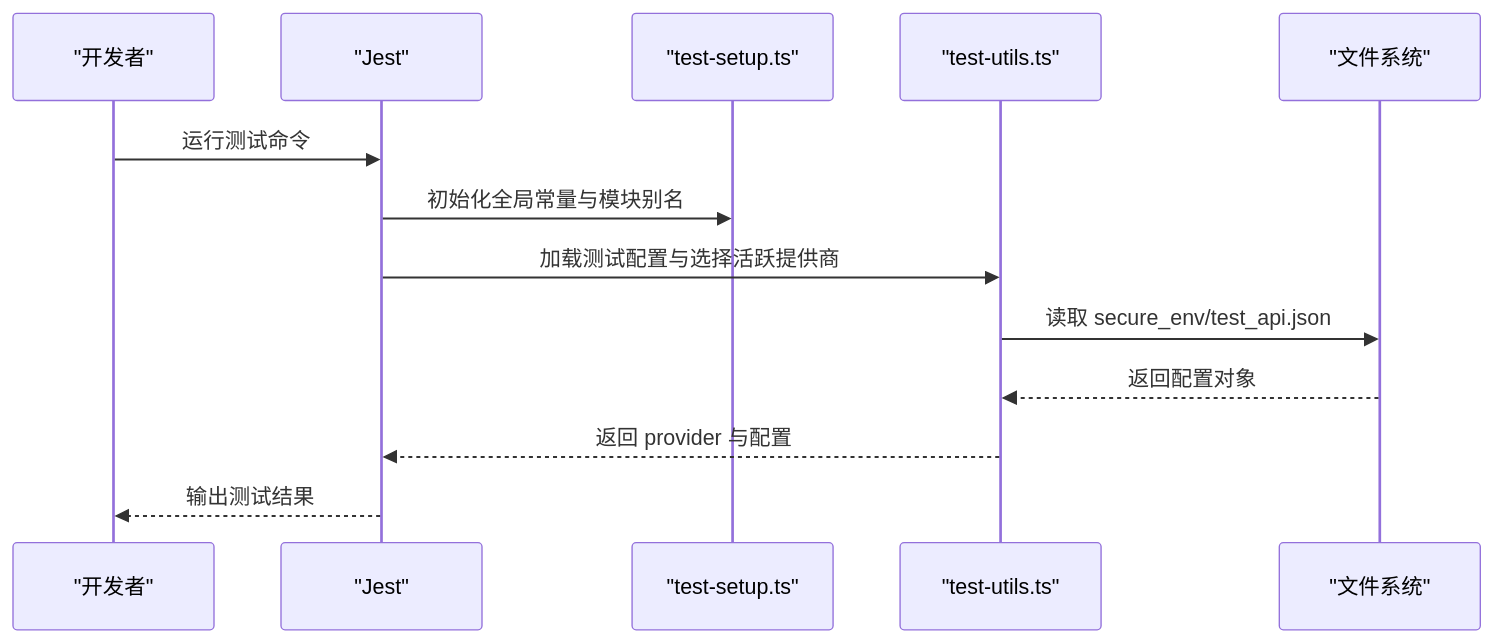
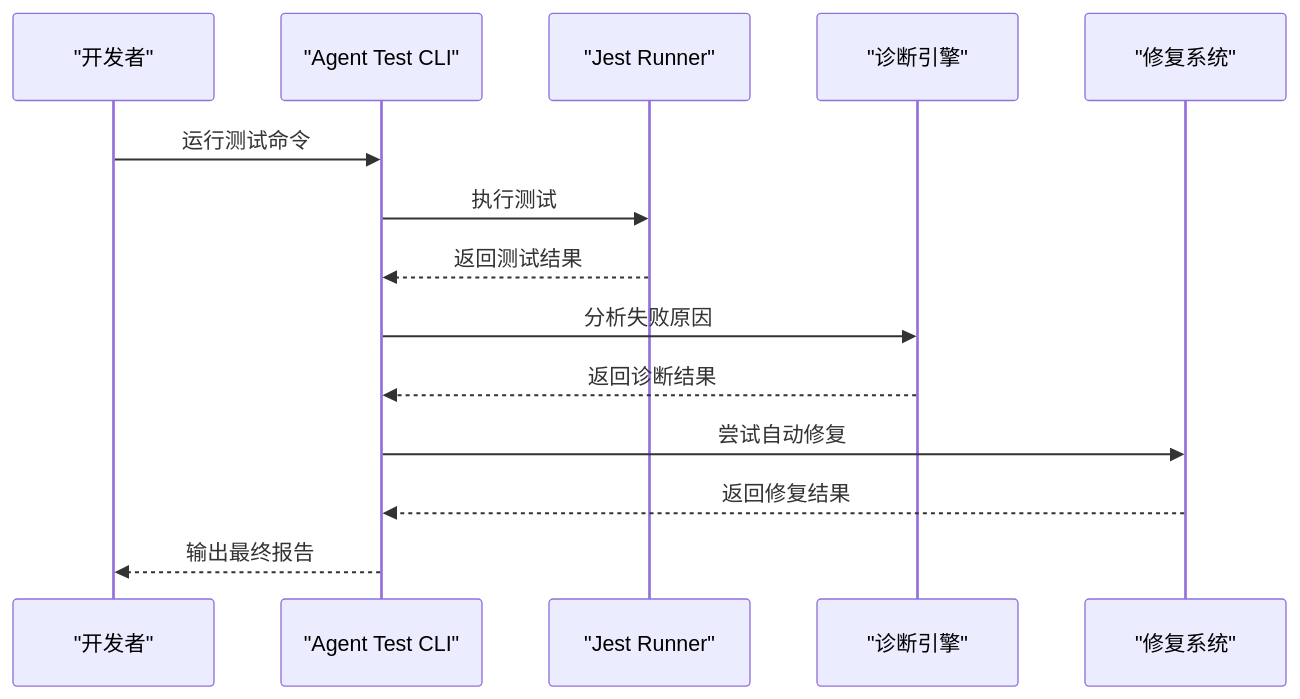
Before and after one commit to NarcisWL/Nexara: the fourth of 15 diagrams in .qoder/repowiki/zh/content/开发指南/开发指南.md, drawn with Mermaid. The commit also changed other lines of this file and 19 other files, not shown here.

````diff
--- a/.qoder/repowiki/zh/content/开发指南/开发指南.md
+++ b/.qoder/repowiki/zh/content/开发指南/开发指南.md
@@ -273,15 +332,16 @@
 ```mermaid
 sequenceDiagram
 participant Dev as "开发者"
-participant Jest as "Jest"
-participant Setup as "test-setup.ts"
-participant Utils as "test-utils.ts"
-participant FS as "文件系统"
-Dev->>Jest : 运行测试命令
-Jest->>Setup : 初始化全局常量与模块别名
-Jest->>Utils : 加载测试配置与选择活跃提供商
-Utils->>FS : 读取 secure_env/test_api.json
-FS-->>Utils : 返回配置对象
-Utils-->>Jest : 返回 provider 与配置
-Jest-->>Dev : 输出测试结果
+participant AgentTest as "Agent Test CLI"
+participant Jest as "Jest Runner"
+participant Diag as "诊断引擎"
+participant Fix as "修复系统"
+Dev->>AgentTest : 运行测试命令
+AgentTest->>Jest : 执行测试
+Jest-->>AgentTest : 返回测试结果
+AgentTest->>Diag : 分析失败原因
+Diag-->>AgentTest : 返回诊断结果
+AgentTest->>Fix : 尝试自动修复
+Fix-->>AgentTest : 返回修复结果
+AgentTest-->>Dev : 输出最终报告
 ```
````
